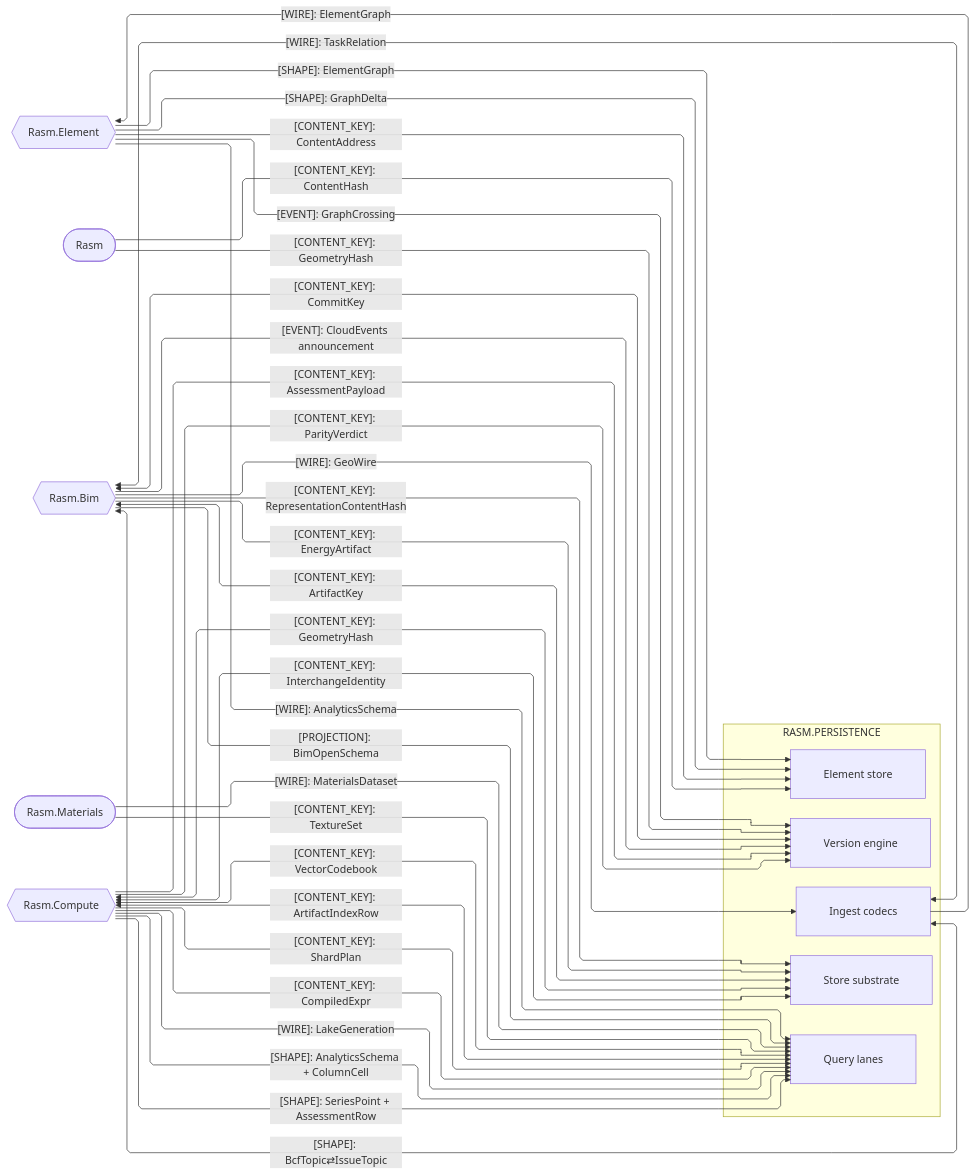
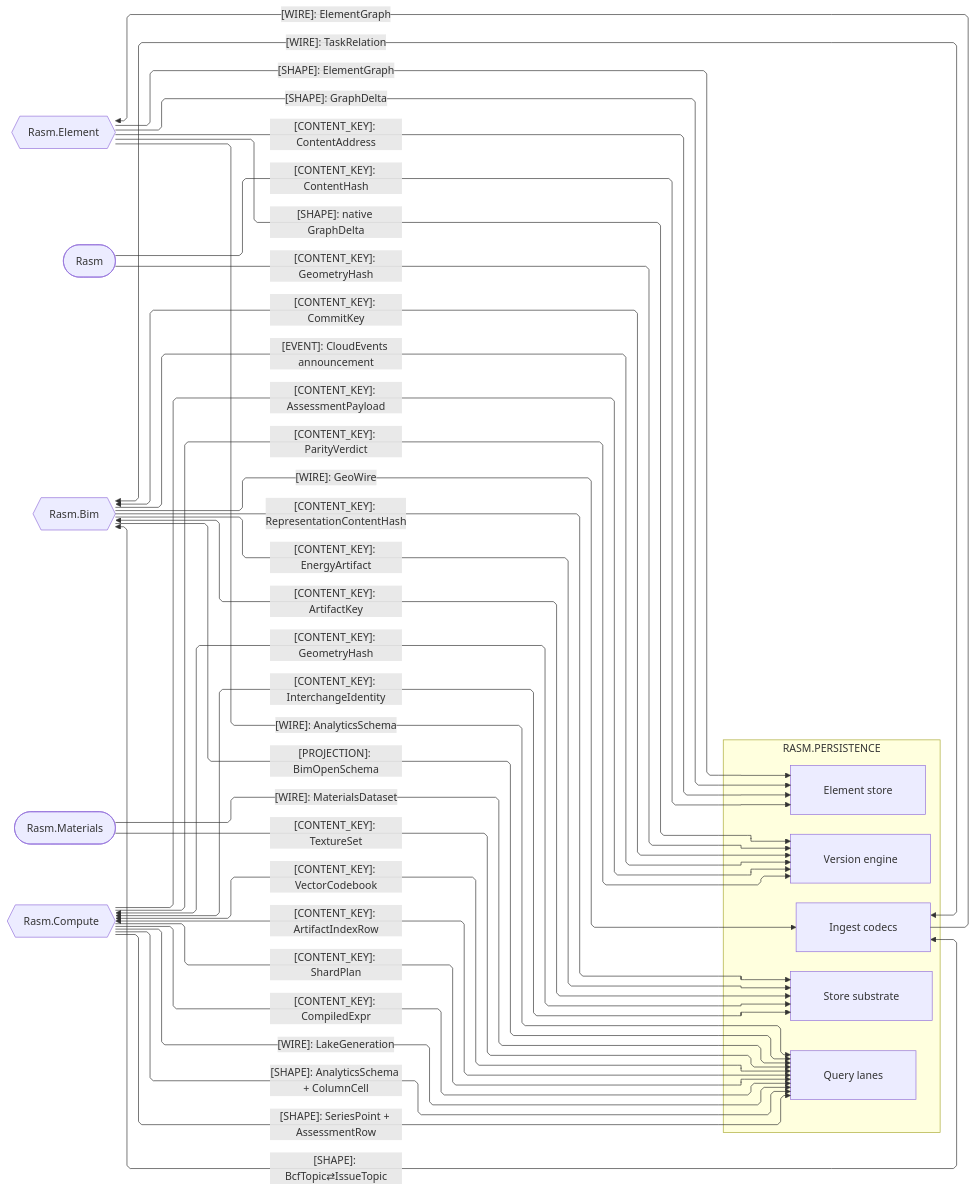
Before and after one commit to bsamiee/Rasm: the second of 4 diagrams in libs/csharp/Rasm.Persistence/ARCHITECTURE.md, drawn with Mermaid. The commit also changed other lines of this file and 820 other files, not shown here.

````diff
--- a/libs/csharp/Rasm.Persistence/ARCHITECTURE.md
+++ b/libs/csharp/Rasm.Persistence/ARCHITECTURE.md
@@ -110,54 +113,54 @@
 ```mermaid
 ---
 config:
   layout: elk
   flowchart:
     curve: linear
     padding: 25
 ---
 flowchart LR
     accTitle: Persistence domain and kernel content seams
     accDescr: Persistence sub-domain owners exchanging shapes, content keys, wires, and projections with the kernel and every AEC peer.
     subgraph persistence[RASM.PERSISTENCE]
         Element[Element store]
         Version[Version engine]
         Query[Query lanes]
         Ingest[Ingest codecs]
         Store[Store substrate]
     end
     RasmElement{{Rasm.Element}}
     Rasm([Rasm])
     Bim{{Rasm.Bim}}
     Materials([Rasm.Materials])
     Compute{{Rasm.Compute}}
     RasmElement e1@-->|"[SHAPE]: ElementGraph"| Element
     RasmElement e2@-->|"[SHAPE]: GraphDelta"| Element
     RasmElement e3@-->|"[CONTENT_KEY]: ContentAddress"| Element
-    RasmElement e4@-->|"[EVENT]: GraphCrossing"| Version
+    RasmElement e4@-->|"[SHAPE]: native GraphDelta"| Version
     Ingest e5@-->|"[WIRE]: ElementGraph"| RasmElement
     Rasm e6@-->|"[CONTENT_KEY]: ContentHash"| Element
     Rasm e7@-->|"[CONTENT_KEY]: GeometryHash"| Version
     Bim e8@-->|"[PROJECTION]: BimOpenSchema"| Query
     Bim e9@-->|"[CONTENT_KEY]: RepresentationContentHash"| Store
     Bim e10@-->|"[CONTENT_KEY]: EnergyArtifact"| Store
     Bim e11@<-->|"[CONTENT_KEY]: ArtifactKey"| Store
     Bim e12@<-->|"[CONTENT_KEY]: CommitKey"| Version
     Bim e13@-->|"[EVENT]: CloudEvents announcement"| Version
     Ingest e14@<-->|"[WIRE]: TaskRelation"| Bim
     Bim e15@-->|"[WIRE]: GeoWire"| Ingest
     Ingest e16@<-->|"[SHAPE]: BcfTopic⇄IssueTopic"| Bim
     RasmElement e17@-->|"[WIRE]: AnalyticsSchema"| Query
     Materials e18@-->|"[WIRE]: MaterialsDataset"| Query
     Materials e19@-->|"[CONTENT_KEY]: TextureSet"| Query
     Compute e20@-->|"[CONTENT_KEY]: AssessmentPayload"| Version
     Compute e21@-->|"[CONTENT_KEY]: ParityVerdict"| Version
     Compute e22@<-->|"[CONTENT_KEY]: VectorCodebook"| Query
     Compute e23@<-->|"[CONTENT_KEY]: ArtifactIndexRow"| Query
     Compute e24@-->|"[CONTENT_KEY]: ShardPlan"| Query
     Compute e25@-->|"[CONTENT_KEY]: CompiledExpr"| Query
     Compute e26@<-->|"[CONTENT_KEY]: GeometryHash"| Store
     Compute e27@<-->|"[CONTENT_KEY]: InterchangeIdentity"| Store
     Compute e28@-->|"[WIRE]: LakeGeneration"| Query
     Compute e29@-->|"[SHAPE]: AnalyticsSchema + ColumnCell"| Query
     Compute e30@-->|"[SHAPE]: SeriesPoint + AssessmentRow"| Query
 ```
````
